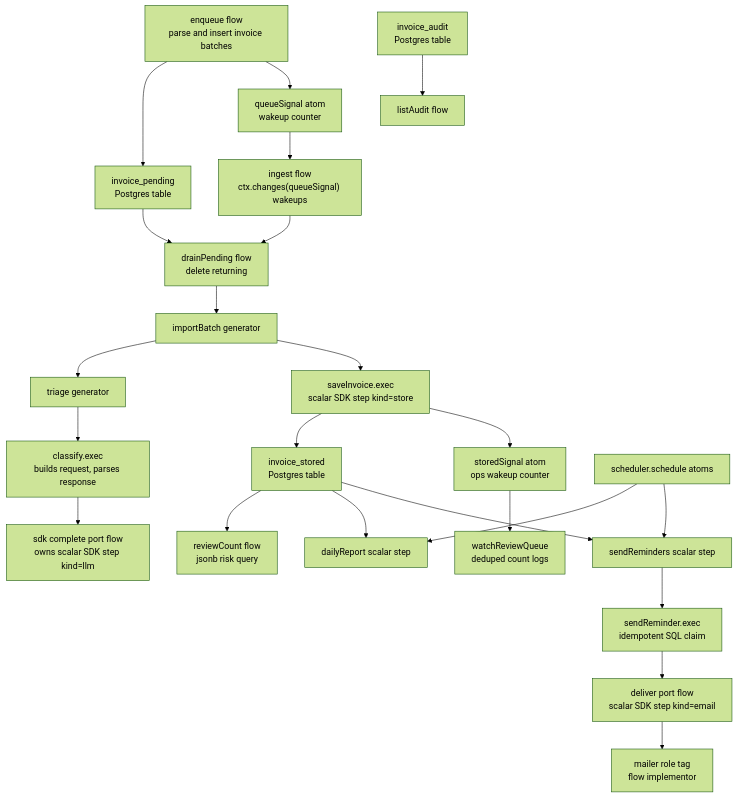
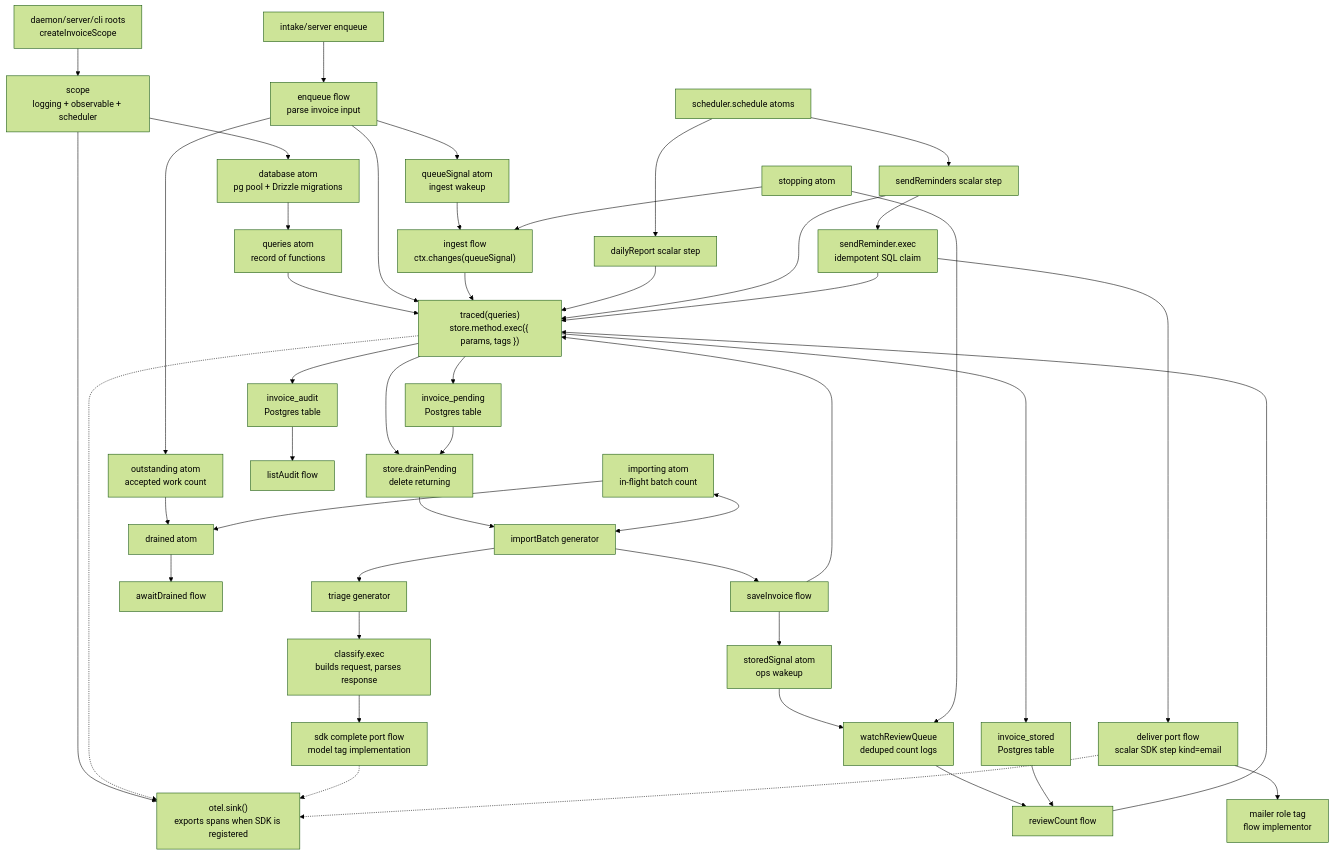
One commit to pumped-fn/pumped-fn changed the diagram in examples/invoice-triage/README.md. Above: the diagram before and after it, drawn with Mermaid (forest theme). The commit also changed other lines of this file and 8 other files, not shown here.

First line of the commit message:
docs(example,lite,lint): G10 accuracy pass — README architecture, traced docs

````diff
--- a/examples/invoice-triage/README.md
+++ b/examples/invoice-triage/README.md
@@ -18,25 +22,50 @@
 ```mermaid
 flowchart TD
-  Producer["enqueue flow<br/>parse and insert invoice batches"] --> Pending["invoice_pending<br/>Postgres table"]
-  Producer --> QueueSignal["queueSignal atom<br/>wakeup counter"]
-  QueueSignal --> Ingest["ingest flow<br/>ctx.changes(queueSignal) wakeups"]
-  Pending --> Drain["drainPending flow<br/>delete returning"]
-  Ingest --> Drain
+  Root["daemon/server/cli roots<br/>createInvoiceScope"] --> Scope["scope<br/>logging + observable + scheduler"]
+  Scope --> OTel["otel.sink()<br/>exports spans when SDK is registered"]
+  Scope --> DB["database atom<br/>pg pool + Drizzle migrations"]
+  DB --> Queries["queries atom<br/>record of functions"]
+  Queries --> Store["traced(queries)<br/>store.method.exec({ params, tags })"]
+
+  Intake["intake/server enqueue"] --> Producer["enqueue flow<br/>parse invoice input"]
+  Producer --> Store
+  Store --> Pending["invoice_pending<br/>Postgres table"]
+  Store --> Audit["invoice_audit<br/>Postgres table"]
+  Producer --> Outstanding["outstanding atom<br/>accepted work count"]
+  Producer --> QueueSignal["queueSignal atom<br/>ingest wakeup"]
+
+  QueueSignal --> Ingest["ingest flow<br/>ctx.changes(queueSignal)"]
+  Stopping["stopping atom"] --> Ingest
+  Ingest --> Store
+  Store --> Drain["store.drainPending<br/>delete returning"]
+  Pending --> Drain
   Drain --> Import["importBatch generator"]
+  Importing["importing atom<br/>in-flight batch count"] <--> Import
   Import --> Triage["triage generator"]
   Triage --> Classify["classify.exec<br/>builds request, parses response"]
-  Classify --> Complete["sdk complete port flow<br/>owns scalar SDK step kind=llm"]
-  Import --> Save["saveInvoice.exec<br/>scalar SDK step kind=store"]
-  Save --> Stored["invoice_stored<br/>Postgres table"]
-  Save --> StoredSignal["storedSignal atom<br/>ops wakeup counter"]
-  Stored --> Review["reviewCount flow<br/>jsonb risk query"]
+  Classify --> Complete["sdk complete port flow<br/>model tag implementation"]
+  Import --> Save["saveInvoice flow"]
+  Save --> Store
+  Store --> Stored["invoice_stored<br/>Postgres table"]
+  Save --> StoredSignal["storedSignal atom<br/>ops wakeup"]
+  Outstanding --> Drained["drained atom"]
+  Importing --> Drained
+  Drained --> Await["awaitDrained flow"]
   StoredSignal --> Ops["watchReviewQueue<br/>deduped count logs"]
-  Audit["invoice_audit<br/>Postgres table"] --> OpsTrail["listAudit flow"]
+  Stopping --> Ops
+  Ops --> Review["reviewCount flow"]
+  Review --> Store
+  Stored --> Review
+  Audit --> OpsTrail["listAudit flow"]
   Scheduler["scheduler.schedule atoms"] --> Report["dailyReport scalar step"]
   Scheduler --> Reminders["sendReminders scalar step"]
+  Report --> Store
+  Reminders --> Store
   Reminders --> SendOne["sendReminder.exec<br/>idempotent SQL claim"]
+  SendOne --> Store
   SendOne --> Deliver["deliver port flow<br/>scalar SDK step kind=email"]
   Deliver --> Mailer["mailer role tag<br/>flow implementor"]
-  Stored --> Report
-  Stored --> Reminders
+  Store -.-> OTel
+  Complete -.-> OTel
+  Deliver -.-> OTel
 ```
````
